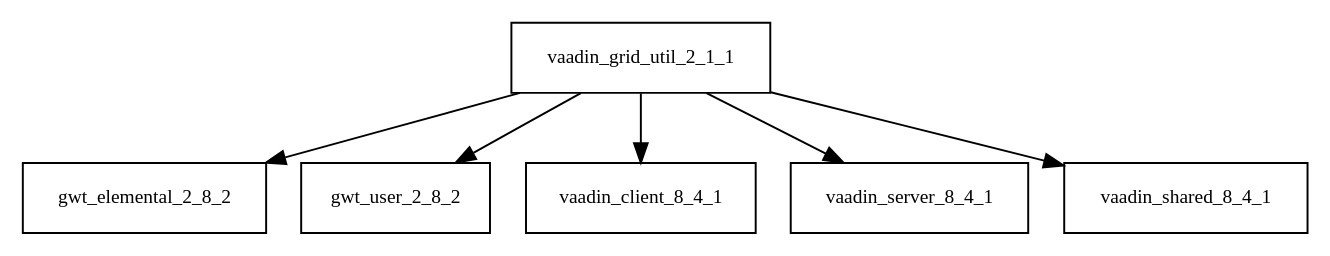
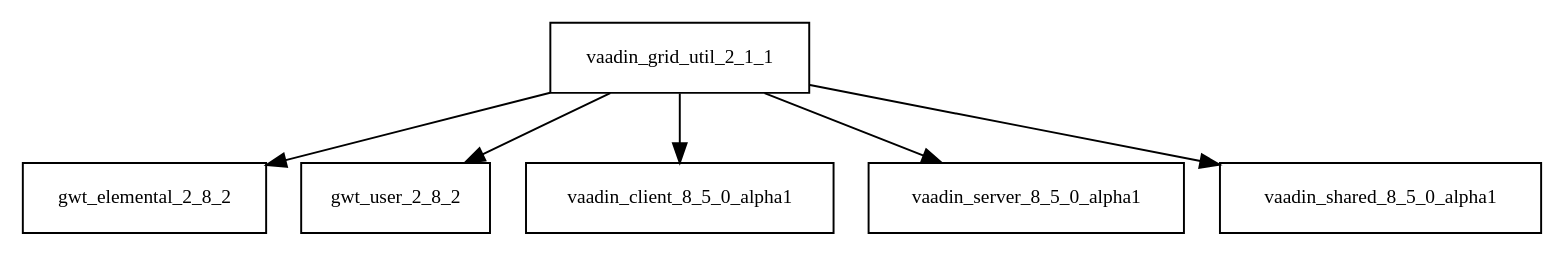
One commit to sjvs/cia changed the diagram in tattleTaleReport/graphviz/vaadin-grid-util-2.1.1.jar/vaadin-grid-util-2.1.1.jar.dot. Above: the diagram before and after it, drawn with Graphviz. The commit also changed 1779 other files, not shown here.

```diff
--- a/tattleTaleReport/graphviz/vaadin-grid-util-2.1.1.jar/vaadin-grid-util-2.1.1.jar.dot
+++ b/tattleTaleReport/graphviz/vaadin-grid-util-2.1.1.jar/vaadin-grid-util-2.1.1.jar.dot
@@ -1,8 +1,8 @@
 digraph vaadin_grid_util_2_1_1_dependencies {
   node [shape = box, fontsize=10.0];
   vaadin_grid_util_2_1_1 -> gwt_elemental_2_8_2;
   vaadin_grid_util_2_1_1 -> gwt_user_2_8_2;
-  vaadin_grid_util_2_1_1 -> vaadin_client_8_4_1;
-  vaadin_grid_util_2_1_1 -> vaadin_server_8_4_1;
-  vaadin_grid_util_2_1_1 -> vaadin_shared_8_4_1;
+  vaadin_grid_util_2_1_1 -> vaadin_client_8_5_0_alpha1;
+  vaadin_grid_util_2_1_1 -> vaadin_server_8_5_0_alpha1;
+  vaadin_grid_util_2_1_1 -> vaadin_shared_8_5_0_alpha1;
 }
```
